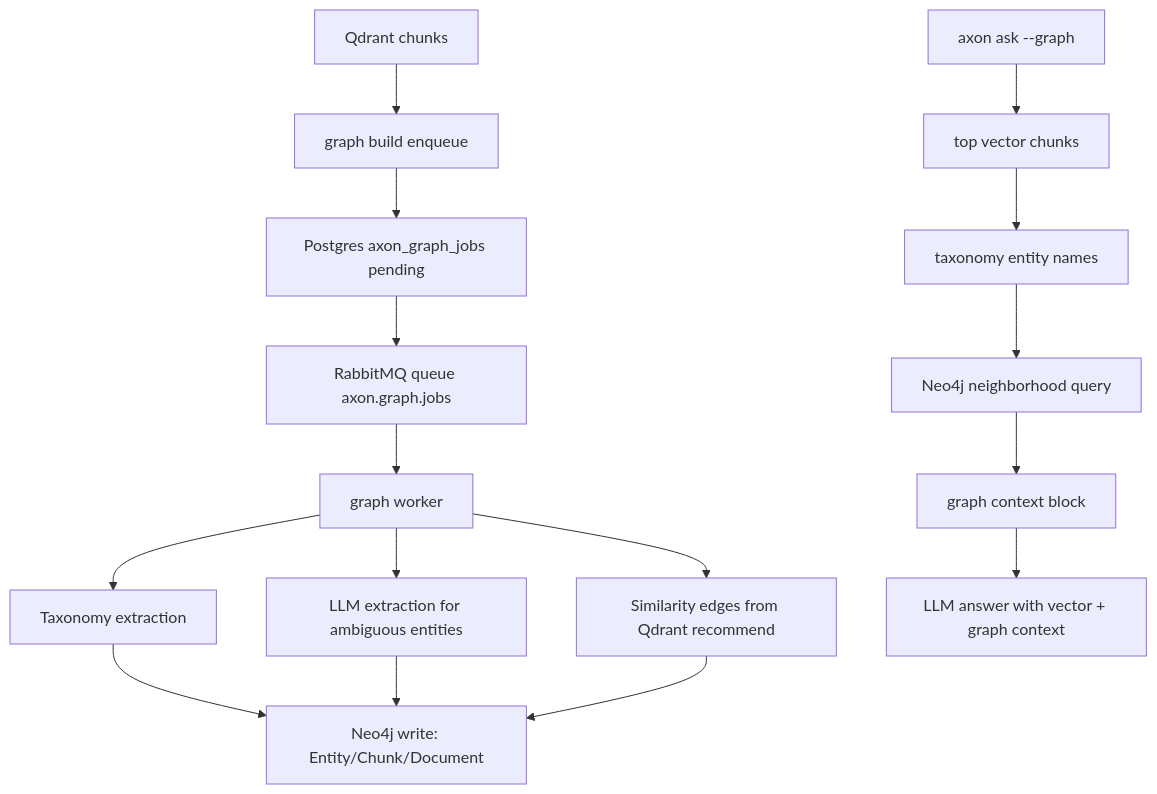
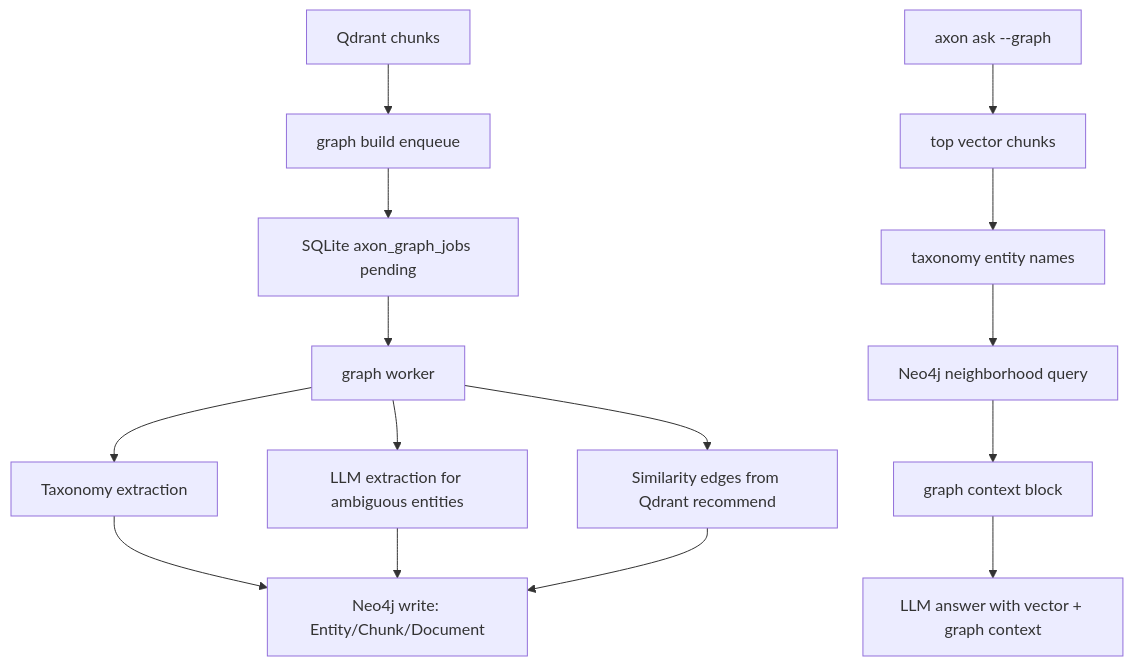
The diagram in docs/GRAPH.md (jmagar/axon), drawn with Mermaid before and after one commit. The commit also changed 890 other files, not shown here.

````diff
--- a/docs/GRAPH.md
+++ b/docs/GRAPH.md
@@ -46,21 +46,20 @@
 ```mermaid
 flowchart TD
   A[Qdrant chunks] --> B[graph build enqueue]
-  B --> C[Postgres axon_graph_jobs pending]
-  C --> D[RabbitMQ queue axon.graph.jobs]
-  D --> E[graph worker]
+  B --> C[SQLite axon_graph_jobs pending]
+  C --> E[graph worker]
 
   E --> F[Taxonomy extraction]
   E --> G[LLM extraction for ambiguous entities]
   E --> H[Similarity edges from Qdrant recommend]
 
   F --> I[Neo4j write: Entity/Chunk/Document]
   G --> I
   H --> I
 
   J[axon ask --graph] --> K[top vector chunks]
   K --> L[taxonomy entity names]
   L --> M[Neo4j neighborhood query]
   M --> N[graph context block]
   N --> O[LLM answer with vector + graph context]
 ```
````
